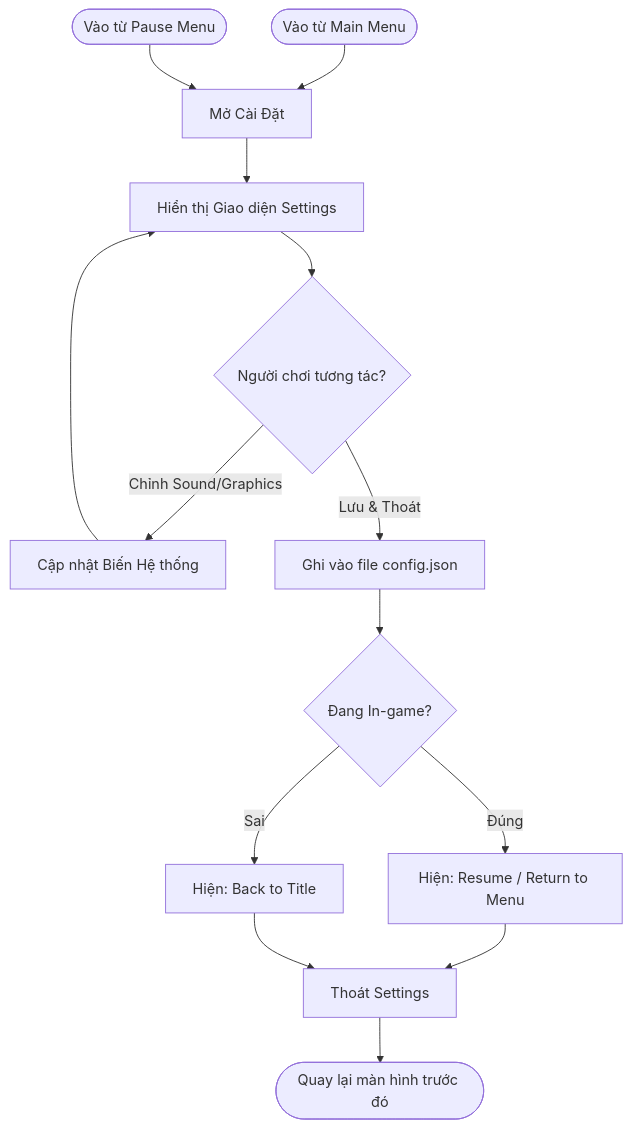
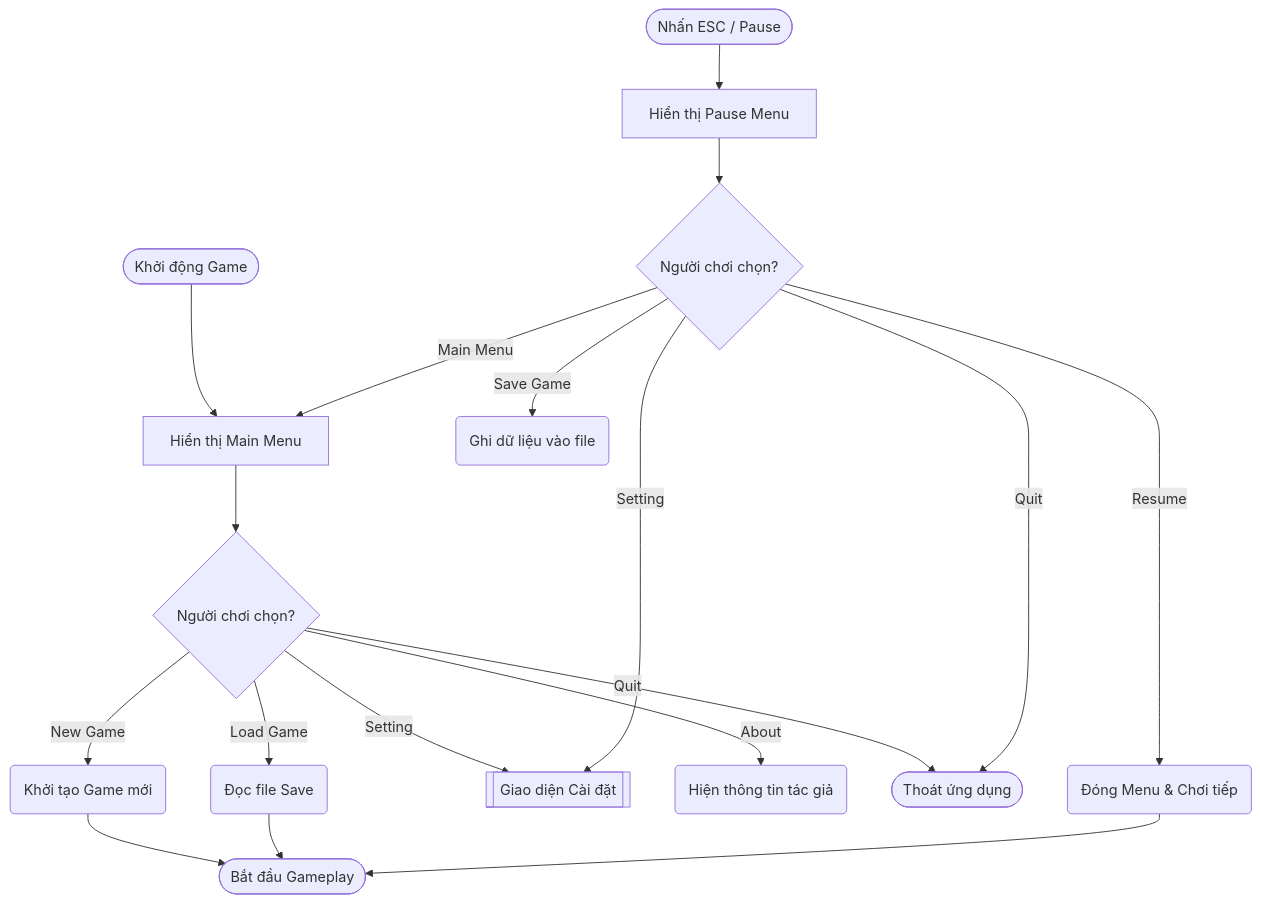
One commit to trieuwu/Gnivol changed the diagram in UML/Sequence.md. Above: the diagram before and after it, drawn with Mermaid. The commit also changed 1 other file, not shown here.

Commit message:
update setting choice uml

````diff
--- a/UML/Sequence.md
+++ b/UML/Sequence.md
@@ -1,23 +1,27 @@
 ```mermaid
 flowchart TD
-    Start_Menu(["Vào từ Main Menu"]) --> OpenSettings["Mở Cài Đặt"]
-    Start_InGame(["Vào từ Pause Menu"]) --> OpenSettings
+%% Main Menu Flow
+    Start_Main([Khởi động Game]) --> MainUI["Hiển thị Main Menu"]
+    MainUI --> Main_Choice{"Người chơi chọn?"}
 
-    OpenSettings --> DisplayUI["Hiển thị Giao diện Settings"]
-    
-    DisplayUI --> Interaction{"Người chơi tương tác?"}
-    
-    Interaction -- "Chỉnh Sound/Graphics" --> ApplyGeneric["Cập nhật Biến Hệ thống"]
-    ApplyGeneric --> DisplayUI
+    Main_Choice -- "New Game" --> Init_Game(Khởi tạo Game mới)
+    Main_Choice -- "Load Game" --> Load_Save(Đọc file Save)
+    Main_Choice -- "Setting" --> Sub_Setting[[Giao diện Cài đặt]]
+    Main_Choice -- "About" --> Credits(Hiện thông tin tác giả)
+    Main_Choice -- "Quit" --> Exit_App([Thoát ứng dụng])
 
-    Interaction -- "Lưu & Thoát" --> SaveData["Ghi vào file config.json"]
-    
-    SaveData --> ContextCheck{"Đang In-game?"}
-    
-    ContextCheck -- "Đúng" --> InGameOptions["Hiện: Resume / Return to Menu"]
-    ContextCheck -- "Sai" --> MenuOptions["Hiện: Back to Title"]
-    
-    InGameOptions --> Exit["Thoát Settings"]
-    MenuOptions --> Exit
-    Exit --> End(["Quay lại màn hình trước đó"])
+%% In-game Menu Flow
+    Start_Pause([Nhấn ESC / Pause]) --> PauseUI["Hiển thị Pause Menu"]
+    PauseUI --> Pause_Choice{"Người chơi chọn?"}
+
+    Pause_Choice -- "Resume" --> Close_Pause(Đóng Menu & Chơi tiếp)
+    Pause_Choice -- "Save Game" --> Save_Process(Ghi dữ liệu vào file)
+    Pause_Choice -- "Setting" --> Sub_Setting
+    Pause_Choice -- "Main Menu" --> MainUI
+    Pause_Choice -- "Quit" --> Exit_App
+
+%% Sub-processes
+    Init_Game --> Play([Bắt đầu Gameplay])
+    Load_Save --> Play
+    Close_Pause --> Play
 ```
````
